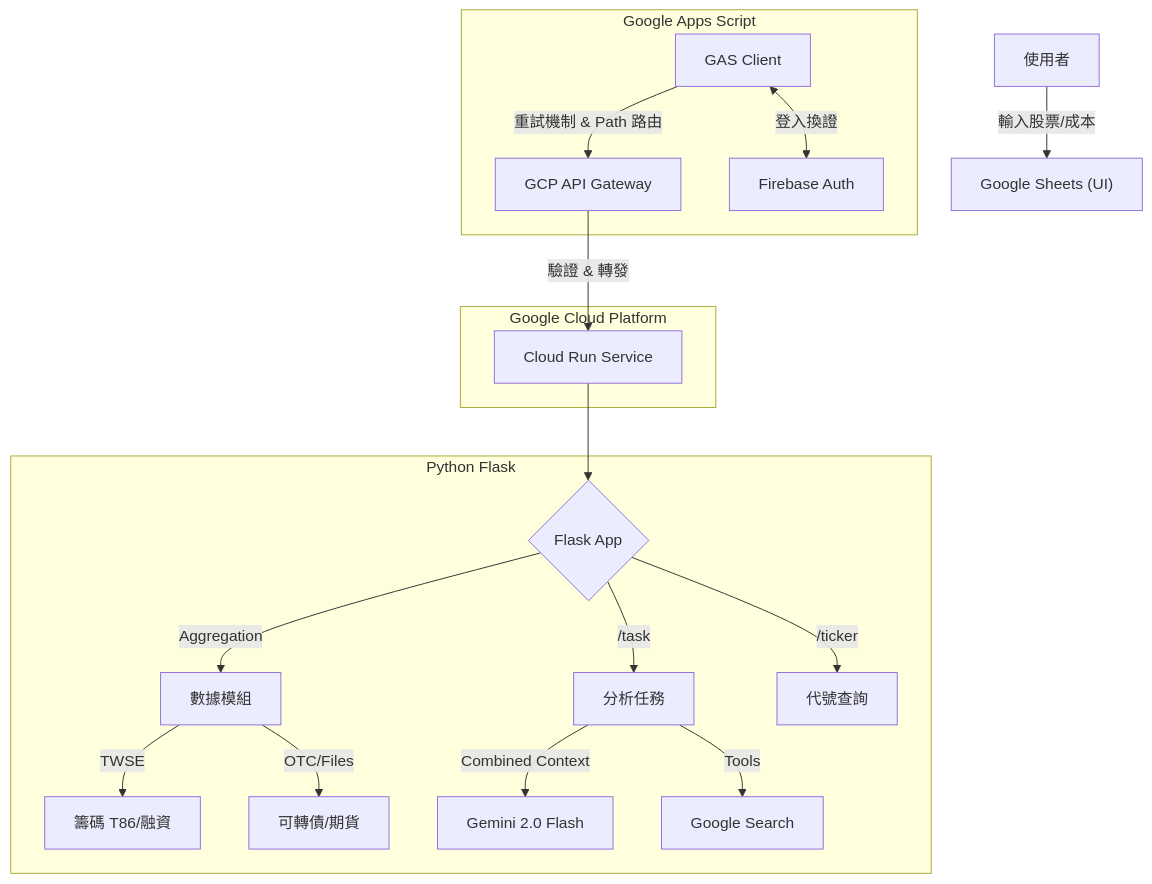
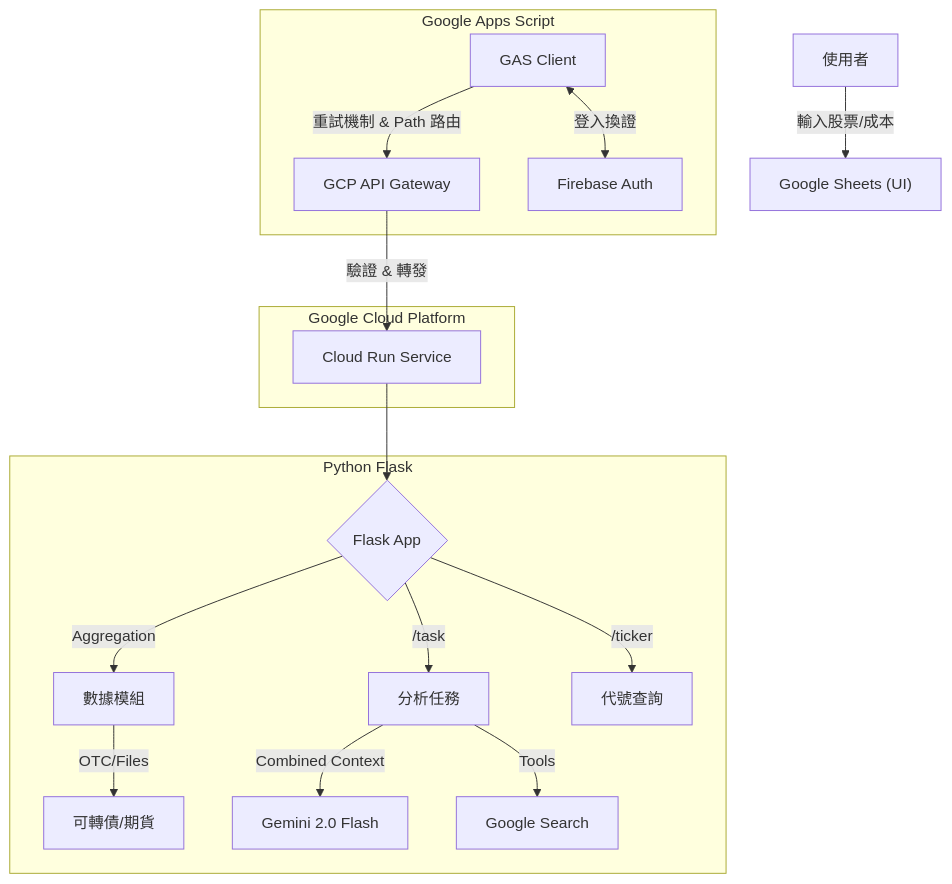
Before and after one commit to DinoChang0926/daily-gemini-task: the diagram in README.md, drawn with Mermaid. The commit also changed other lines of this file and 3 other files, not shown here.

````diff
--- a/README.md
+++ b/README.md
@@ -18,24 +18,23 @@
 ```mermaid
 graph TD
     User[使用者] -->|輸入股票/成本| Sheet["Google Sheets (UI)"]
     
     subgraph Frontend [Google Apps Script]
         GAS[GAS Client] -->|重試機制 & Path 路由| Gateway
         GAS <-->|登入換證| Firebase[Firebase Auth]
     end
     
     subgraph Security Layer [Google Cloud Platform]
         Gateway[GCP API Gateway] -->|驗證 & 轉發| CloudRun[Cloud Run Service]
     end
     
     subgraph Backend [Python Flask]
         CloudRun --> Flask{Flask App}
         Flask -->|/task| GeminiTask[分析任務]
         Flask -->|Aggregation| DataModules[數據模組]
-        DataModules -->|TWSE| Chips[籌碼 T86/融資]
         DataModules -->|OTC/Files| CB[可轉債/期貨]
         Flask -->|/ticker| TickerLookup[代號查詢]
         GeminiTask -->|Combined Context| VertexAI[Gemini 2.0 Flash]
         GeminiTask -->|Tools| GoogleSearch[Google Search]
     end
 ```
````
